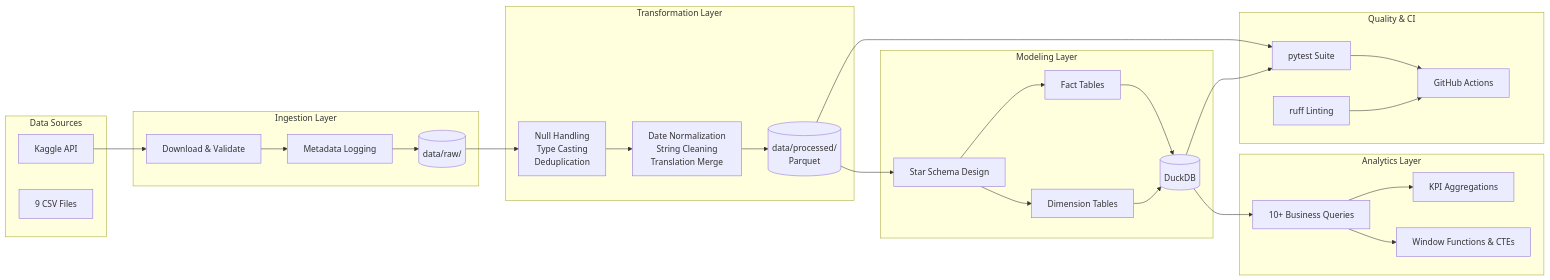
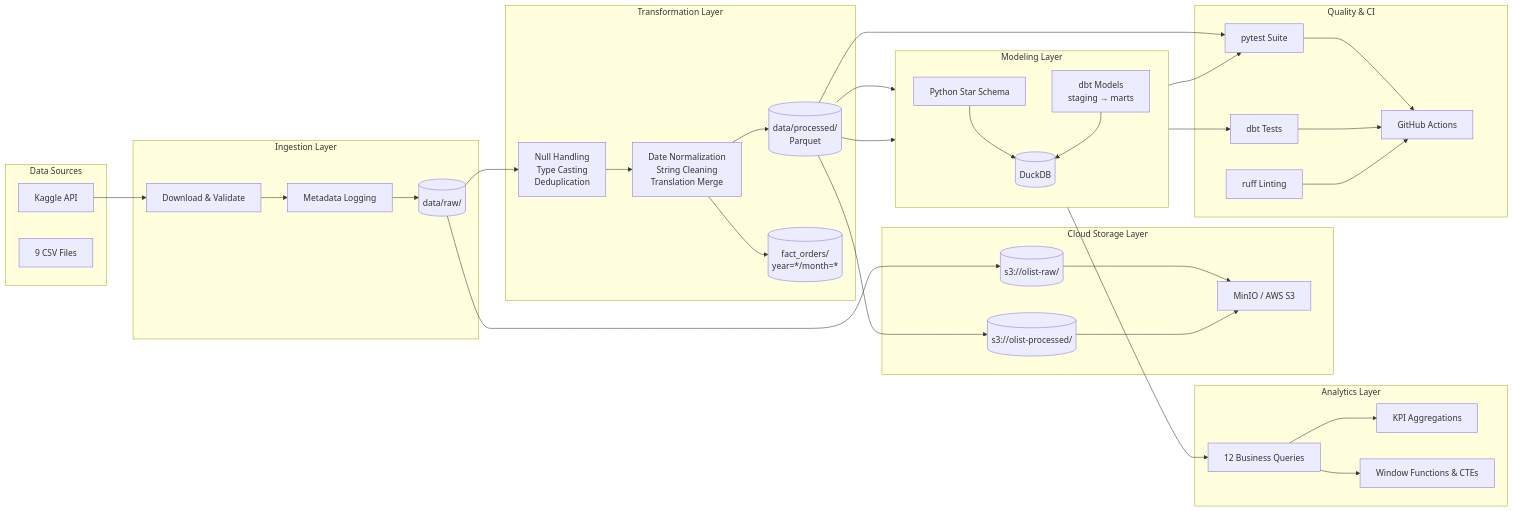
The first of 4 diagrams in architecture/architecture_diagram.md (AugustoTonelli14/olist_data_pipeline), drawn with Mermaid before and after one commit. The commit also changed other lines of this file and 27 other files, not shown here.

Commit message:
feat: add cloud storage, dbt models, partitioning, and enhanced EDA

````diff
--- a/architecture/architecture_diagram.md
+++ b/architecture/architecture_diagram.md
@@ -5,47 +5,61 @@
 ```mermaid
 flowchart LR
     subgraph Sources["Data Sources"]
         K[Kaggle API]
         CSV[9 CSV Files]
     end
 
     subgraph Ingestion["Ingestion Layer"]
         DL[Download & Validate]
         META[Metadata Logging]
         RAW[(data/raw/)]
     end
 
     subgraph Transformation["Transformation Layer"]
         CLEAN[Null Handling<br/>Type Casting<br/>Deduplication]
         ENRICH[Date Normalization<br/>String Cleaning<br/>Translation Merge]
         PQ[(data/processed/<br/>Parquet)]
+        PART[(fact_orders/<br/>year=*/month=*)]
     end
 
     subgraph Modeling["Modeling Layer"]
-        STAR[Star Schema Design]
-        FACT[Fact Tables]
-        DIM[Dimension Tables]
+        direction TB
+        PY[Python Star Schema]
+        DBT[dbt Models<br/>staging → marts]
         DB[(DuckDB)]
     end
 
     subgraph Analytics["Analytics Layer"]
-        SQL[10+ Business Queries]
+        SQL[12 Business Queries]
         KPI[KPI Aggregations]
         WIN[Window Functions & CTEs]
     end
 
+    subgraph Cloud["Cloud Storage Layer"]
+        S3R[(s3://olist-raw/)]
+        S3P[(s3://olist-processed/)]
+        MINIO[MinIO / AWS S3]
+    end
+
     subgraph Quality["Quality & CI"]
         TEST[pytest Suite]
+        DBTT[dbt Tests]
         LINT[ruff Linting]
         CI[GitHub Actions]
     end
 
     K --> DL --> META --> RAW
     RAW --> CLEAN --> ENRICH --> PQ
-    PQ --> STAR --> FACT & DIM --> DB
+    ENRICH --> PART
+    PQ --> PY --> DB
+    PQ --> DBT --> DB
     DB --> SQL --> KPI & WIN
+    RAW --> S3R --> MINIO
+    PQ --> S3P --> MINIO
     PQ --> TEST
     DB --> TEST
+    DBT --> DBTT
     TEST --> CI
+    DBTT --> CI
     LINT --> CI
 ```
````
